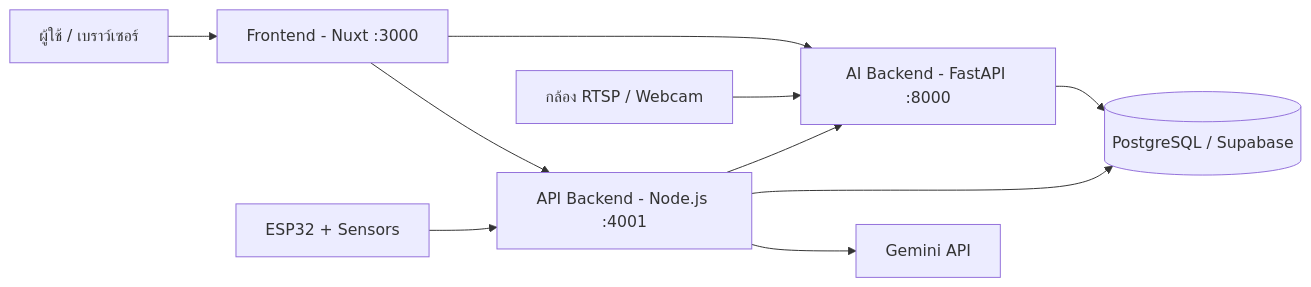
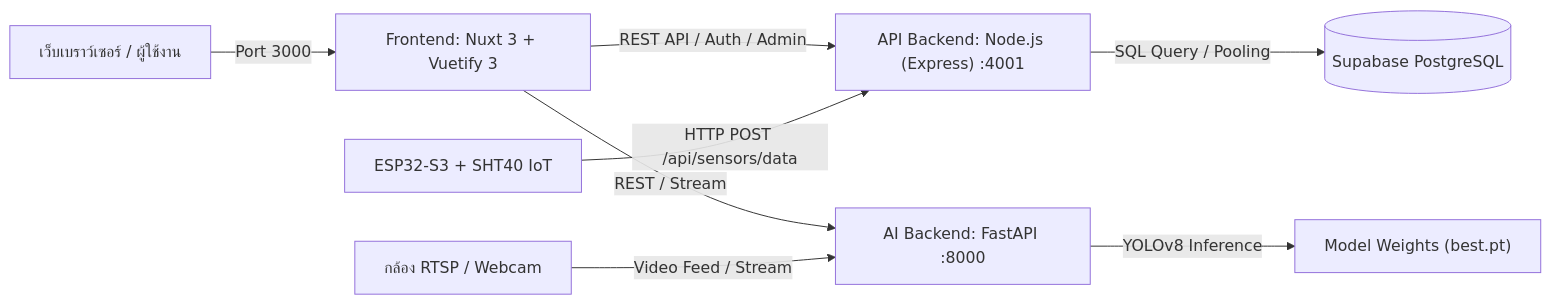
The second of 2 diagrams in README.md (peetph22-ship-it/Cow_detect), drawn with Mermaid before and after one commit. The commit also changed other lines of this file and 14 other files, not shown here.

````diff
--- a/README.md
+++ b/README.md
@@ -42,12 +87,13 @@
 ```mermaid
 flowchart LR
-    U["ผู้ใช้ / เบราว์เซอร์"] --> F["Frontend - Nuxt :3000"]
-    F --> B["AI Backend - FastAPI :8000"]
-    F --> N["API Backend - Node.js :4001"]
-    N --> B
-    B --> DB[("PostgreSQL / Supabase")]
-    N --> DB
-    N --> G["Gemini API"]
-    CAM["กล้อง RTSP / Webcam"] --> B
-    IOT["ESP32 + Sensors"] --> N
+    Browser["เว็บเบราว์เซอร์ / ผู้ใช้งาน"] -->|Port 3000| Nuxt["Frontend: Nuxt 3 + Vuetify 3"]
+    
+    Nuxt -->|REST API / Auth / Admin| Node["API Backend: Node.js (Express) :4001"]
+    Nuxt -->|REST / Stream| Fast["AI Backend: FastAPI :8000"]
+    
+    Node -->|SQL Query / Pooling| DB[("Supabase PostgreSQL")]
+    Fast -->|YOLOv8 Inference| Weights["Model Weights (best.pt)"]
+    
+    ESP32["ESP32-S3 + SHT40 IoT"] -->|HTTP POST /api/sensors/data| Node
+    Camera["กล้อง RTSP / Webcam"] -->|Video Feed / Stream| Fast
 ```
````
